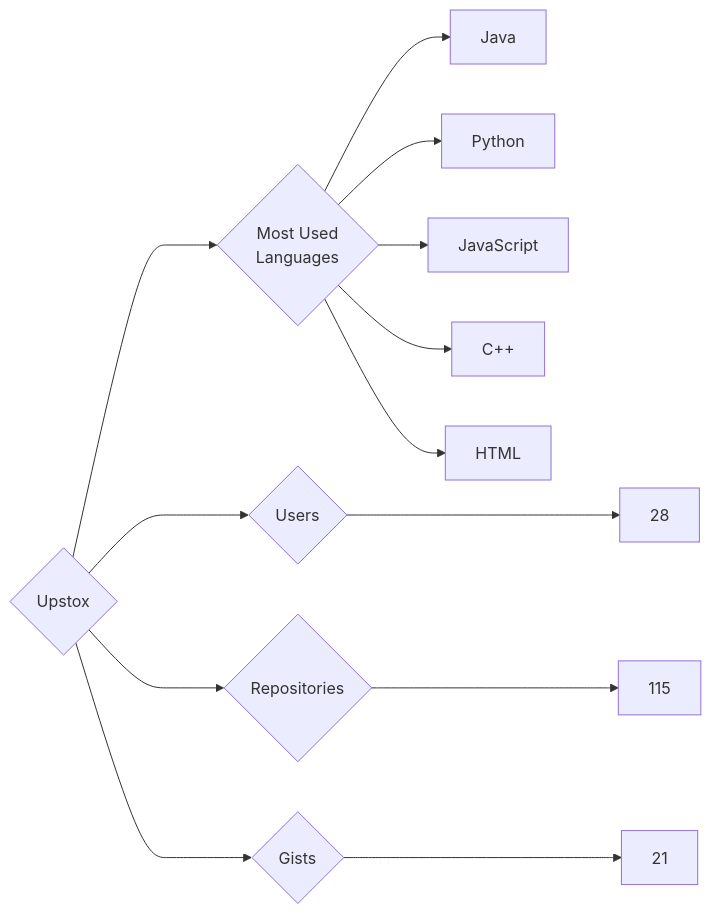
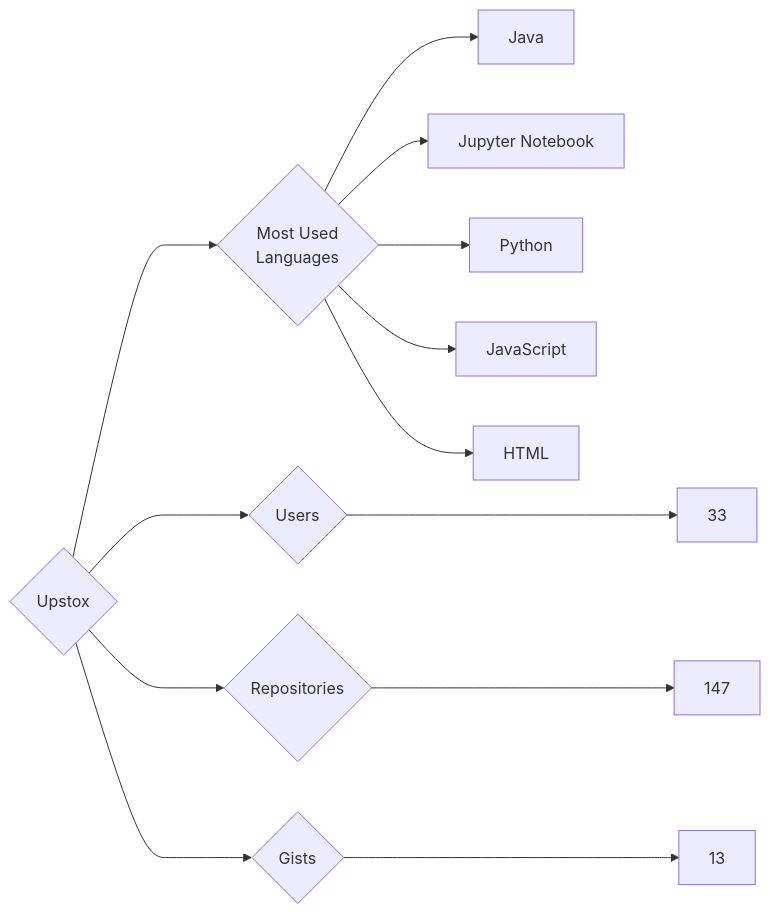
One commit to trickest/insiders changed the diagram in targets/Upstox/README.md. Above: the diagram before and after it, drawn with Mermaid. The commit also changed 953 other files, not shown here.

````diff
--- a/targets/Upstox/README.md
+++ b/targets/Upstox/README.md
@@ -3,13 +3,13 @@
 ```mermaid
 graph LR
 COMPANY_NAME{Upstox}
-COMPANY_NAME ---> U{Users} ---> UN[28]
-COMPANY_NAME ---> R{Repositories} ---> RN[115]
-COMPANY_NAME ---> G{Gists} ---> GN[21]
+COMPANY_NAME ---> U{Users} ---> UN[33]
+COMPANY_NAME ---> R{Repositories} ---> RN[147]
+COMPANY_NAME ---> G{Gists} ---> GN[13]
 COMPANY_NAME ---> ML{Most Used<br>Languages}
 ML --> Java[Java]
+ML --> Jupyter_Notebook[Jupyter Notebook]
 ML --> Python[Python]
 ML --> JavaScript[JavaScript]
-ML --> C++[C++]
 ML --> HTML[HTML]
 ```
````
